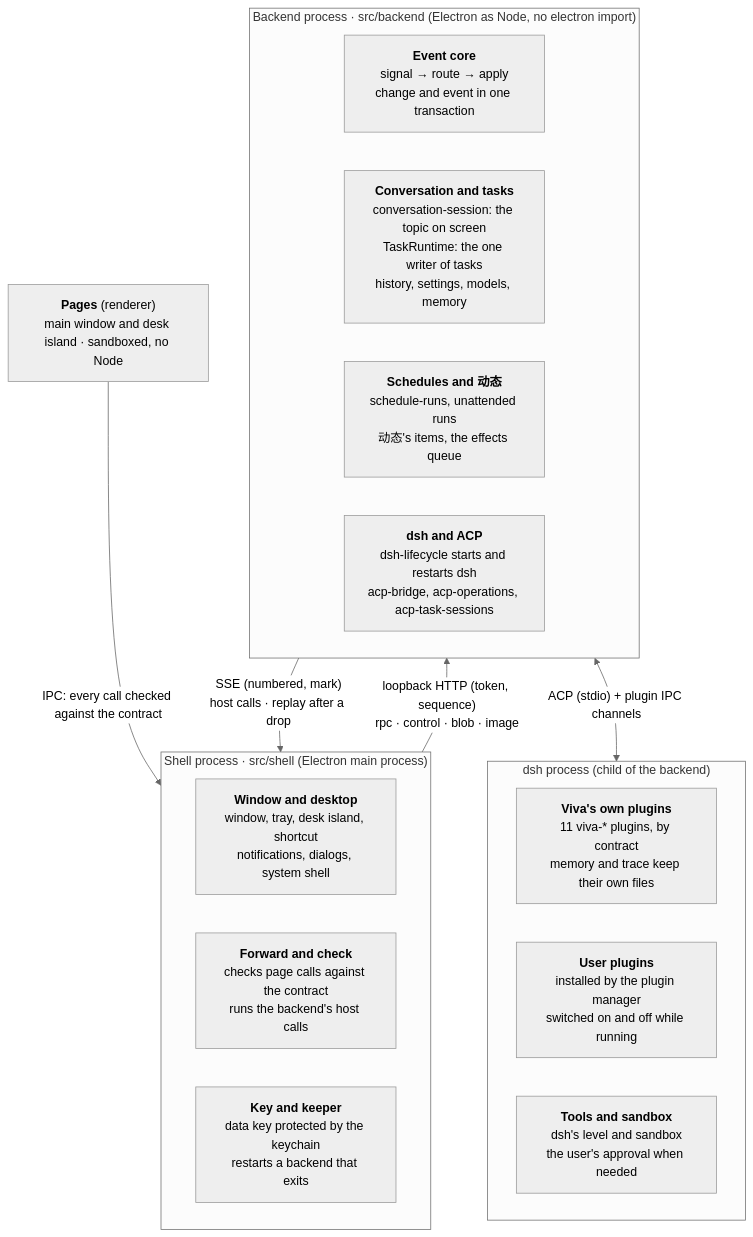
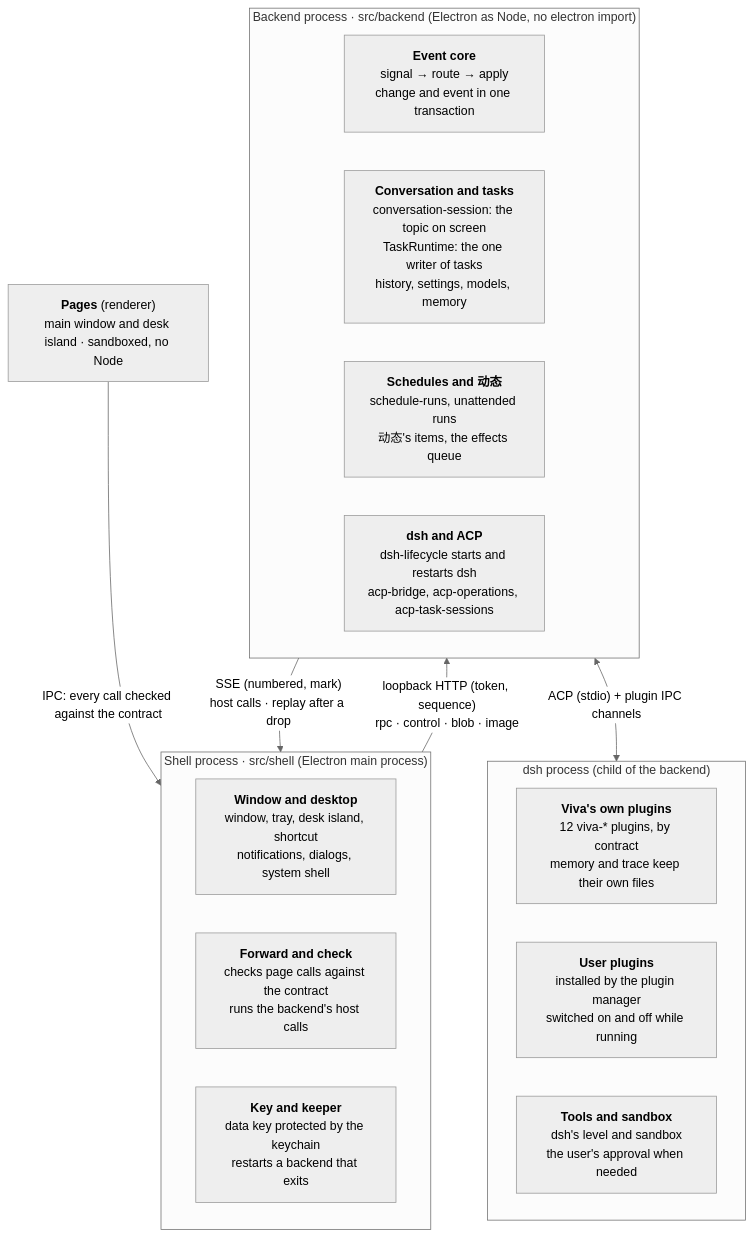
One commit to JNS0724/Viva changed the diagram in docs/system-design.md. Above: the diagram before and after it, drawn with Mermaid (neutral theme). The commit also changed other lines of this file and 71 other files, not shown here.

````diff
--- a/docs/system-design.md
+++ b/docs/system-design.md
@@ -24,24 +24,24 @@
 ```mermaid
 flowchart TB
   pages["<b>Pages</b> (renderer)<br/>main window and desk island · sandboxed, no Node"]
   subgraph shell["Shell process · src/shell (Electron main process)"]
     s1["<b>Window and desktop</b><br/>window, tray, desk island, shortcut<br/>notifications, dialogs, system shell"]
     s2["<b>Forward and check</b><br/>checks page calls against the contract<br/>runs the backend's host calls"]
     s3["<b>Key and keeper</b><br/>data key protected by the keychain<br/>restarts a backend that exits"]
   end
   subgraph backend["Backend process · src/backend (Electron as Node, no electron import)"]
     b1["<b>Event core</b><br/>signal → route → apply<br/>change and event in one transaction"]
     b2["<b>Conversation and tasks</b><br/>conversation-session: the topic on screen<br/>TaskRuntime: the one writer of tasks<br/>history, settings, models, memory"]
     b3["<b>Schedules and 动态</b><br/>schedule-runs, unattended runs<br/>动态's items, the effects queue"]
     b4["<b>dsh and ACP</b><br/>dsh-lifecycle starts and restarts dsh<br/>acp-bridge, acp-operations, acp-task-sessions"]
   end
   subgraph dsh["dsh process (child of the backend)"]
-    d1["<b>Viva's own plugins</b><br/>11 viva-* plugins, by contract<br/>memory and trace keep their own files"]
+    d1["<b>Viva's own plugins</b><br/>12 viva-* plugins, by contract<br/>memory and trace keep their own files"]
     d2["<b>User plugins</b><br/>installed by the plugin manager<br/>switched on and off while running"]
     d3["<b>Tools and sandbox</b><br/>dsh's level and sandbox<br/>the user's approval when needed"]
   end
   pages -- "IPC: every call checked against the contract" --> shell
   shell -- "loopback HTTP (token, sequence)<br/>rpc · control · blob · image" --> backend
   backend -- "SSE (numbered, mark)<br/>host calls · replay after a drop" --> shell
   backend <-->|"ACP (stdio) + plugin IPC channels"| dsh
 ```
````
